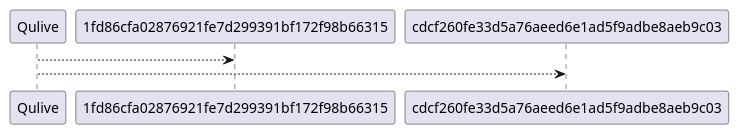
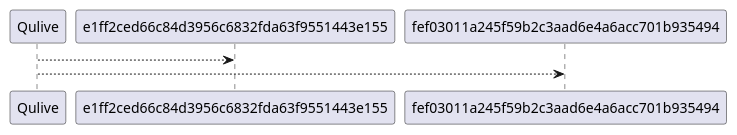
Before and after one commit to Qulive-edu/CM-HW-2-master: the diagram in dependency/commits.puml, drawn with PlantUML. The commit also changed 3 other files, not shown here.

```diff
--- a/dependency/commits.puml
+++ b/dependency/commits.puml
@@ -1,4 +1,4 @@
 @startuml
-"Qulive"-->1fd86cfa02876921fe7d299391bf172f98b66315
-"Qulive"-->cdcf260fe33d5a76aeed6e1ad5f9adbe8aeb9c03
+"Qulive"-->e1ff2ced66c84d3956c6832fda63f9551443e155
+"Qulive"-->fef03011a245f59b2c3aad6e4a6acc701b935494
 @enduml
```
